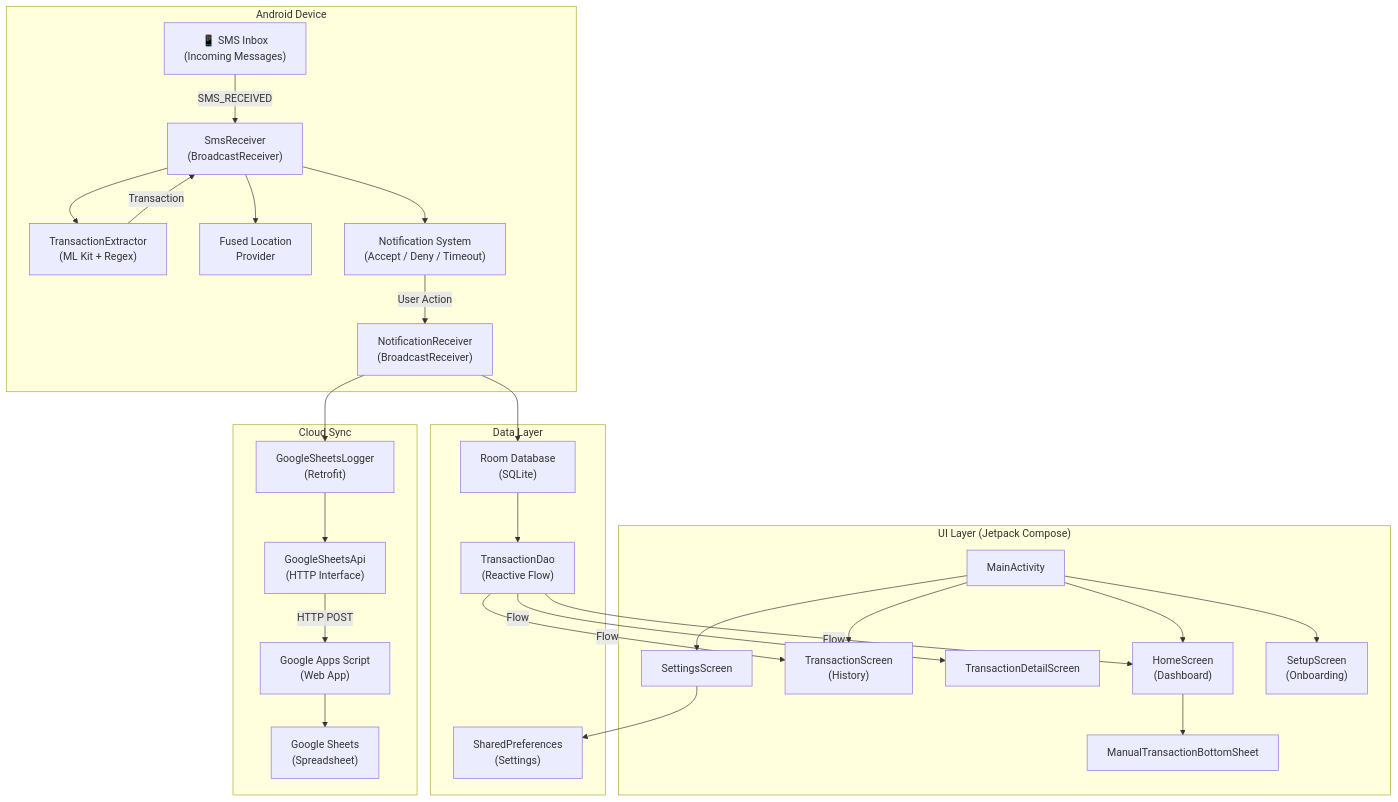
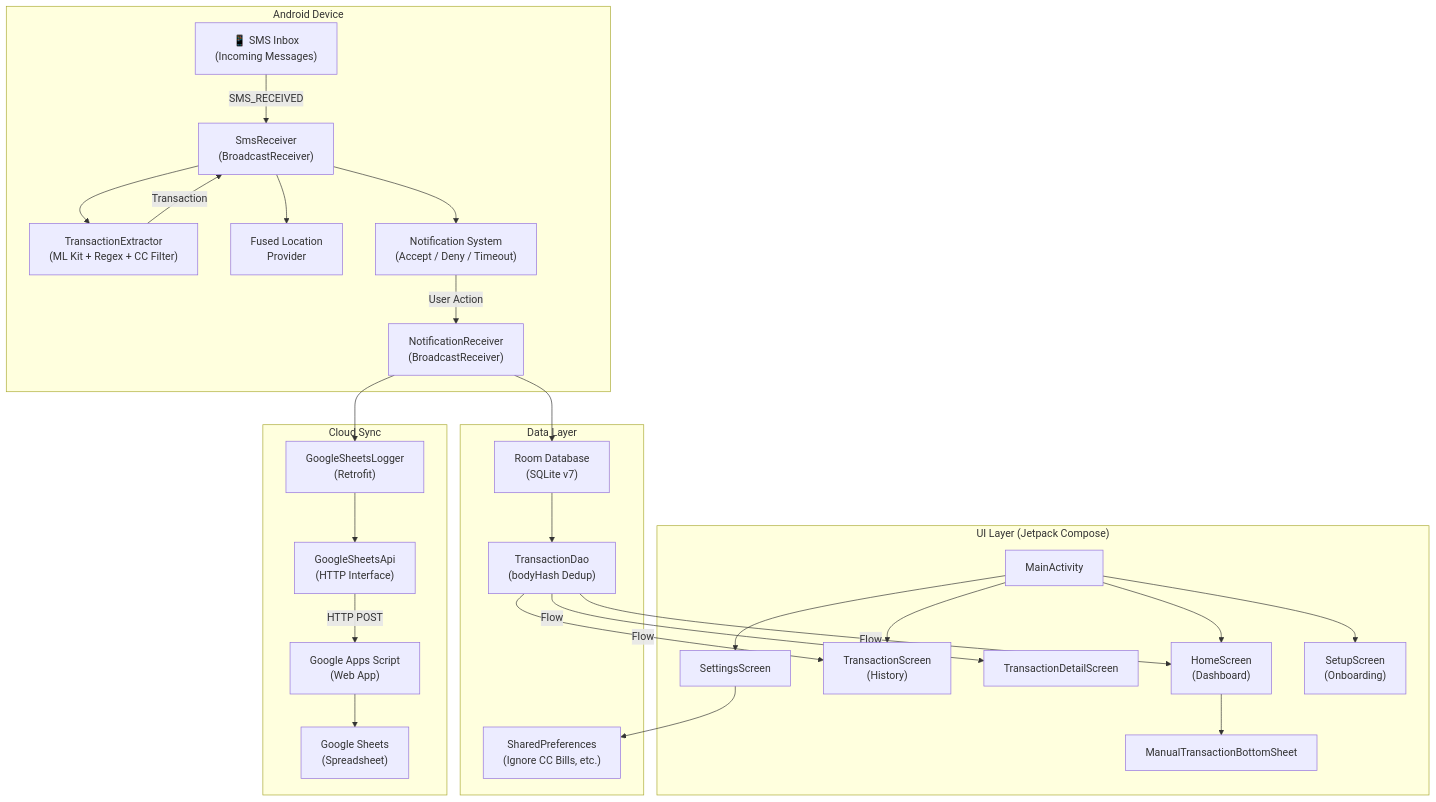
Before and after one commit to RahulGorai0206/expence-tracker: the first of 4 diagrams in README.md, drawn with Mermaid. The commit also changed other lines of this file, not shown here.

````diff
--- a/README.md
+++ b/README.md
@@ -88,56 +88,56 @@
 ```mermaid
 graph TB
     subgraph Android Device
         SMS["📱 SMS Inbox<br/>(Incoming Messages)"]
         RCV["SmsReceiver<br/>(BroadcastReceiver)"]
-        EXT["TransactionExtractor<br/>(ML Kit + Regex)"]
+        EXT["TransactionExtractor<br/>(ML Kit + Regex + CC Filter)"]
         LOC["Fused Location<br/>Provider"]
         NOTIF["Notification System<br/>(Accept / Deny / Timeout)"]
         NRCV["NotificationReceiver<br/>(BroadcastReceiver)"]
     end
 
     subgraph Data Layer
-        DB["Room Database<br/>(SQLite)"]
-        DAO["TransactionDao<br/>(Reactive Flow)"]
-        PREFS["SharedPreferences<br/>(Settings)"]
+        DB["Room Database<br/>(SQLite v7)"]
+        DAO["TransactionDao<br/>(bodyHash Dedup)"]
+        PREFS["SharedPreferences<br/>(Ignore CC Bills, etc.)"]
     end
 
     subgraph UI Layer ["UI Layer (Jetpack Compose)"]
         MA["MainActivity"]
         HOME["HomeScreen<br/>(Dashboard)"]
         TXN["TransactionScreen<br/>(History)"]
         DETAIL["TransactionDetailScreen"]
         SETTINGS["SettingsScreen"]
         SETUP["SetupScreen<br/>(Onboarding)"]
         MANUAL["ManualTransactionBottomSheet"]
     end
 
     subgraph Cloud Sync
         LOGGER["GoogleSheetsLogger<br/>(Retrofit)"]
         API["GoogleSheetsApi<br/>(HTTP Interface)"]
         SCRIPT["Google Apps Script<br/>(Web App)"]
         SHEET["Google Sheets<br/>(Spreadsheet)"]
     end
 
     SMS -->|SMS_RECEIVED| RCV
     RCV --> EXT
     RCV --> LOC
     EXT -->|Transaction| RCV
     RCV --> NOTIF
     NOTIF -->|User Action| NRCV
     NRCV --> DB
     NRCV --> LOGGER
     DB --> DAO
     DAO -->|Flow<List>| HOME
     DAO -->|Flow<List>| TXN
     DAO -->|Flow<Transaction>| DETAIL
     LOGGER --> API
     API -->|HTTP POST| SCRIPT
     SCRIPT --> SHEET
     MA --> HOME
     MA --> TXN
     MA --> SETTINGS
     MA --> SETUP
     HOME --> MANUAL
     SETTINGS --> PREFS
 ```
````
